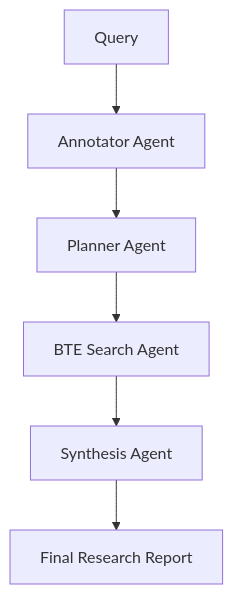
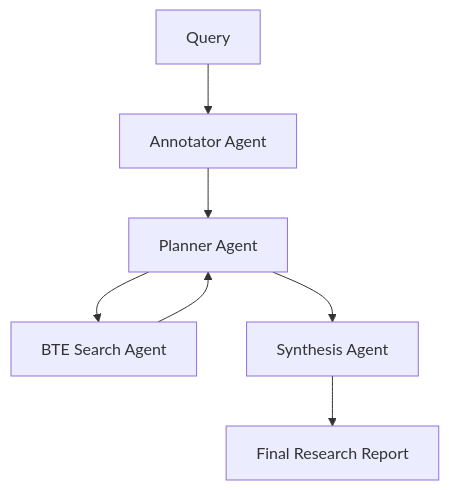
One commit to mastorga589/agentic-bte changed the second of 2 diagrams in README.md. Above: the diagram before and after it, drawn with Mermaid. The commit also changed other lines of this file, not shown here.

First line of the commit message:
docs: Enhance LangGraph Multi-Agent workflow description

````diff
--- a/README.md
+++ b/README.md
@@ -186,8 +186,9 @@
 ```mermaid
 graph TB
     A[Query] --> B[Annotator Agent]
     B --> C[Planner Agent] 
     C --> D[BTE Search Agent]
-    D --> E[Synthesis Agent]
+    D --> C
+    C --> E[Synthesis Agent]
     E --> F[Final Research Report]
 ```
````
